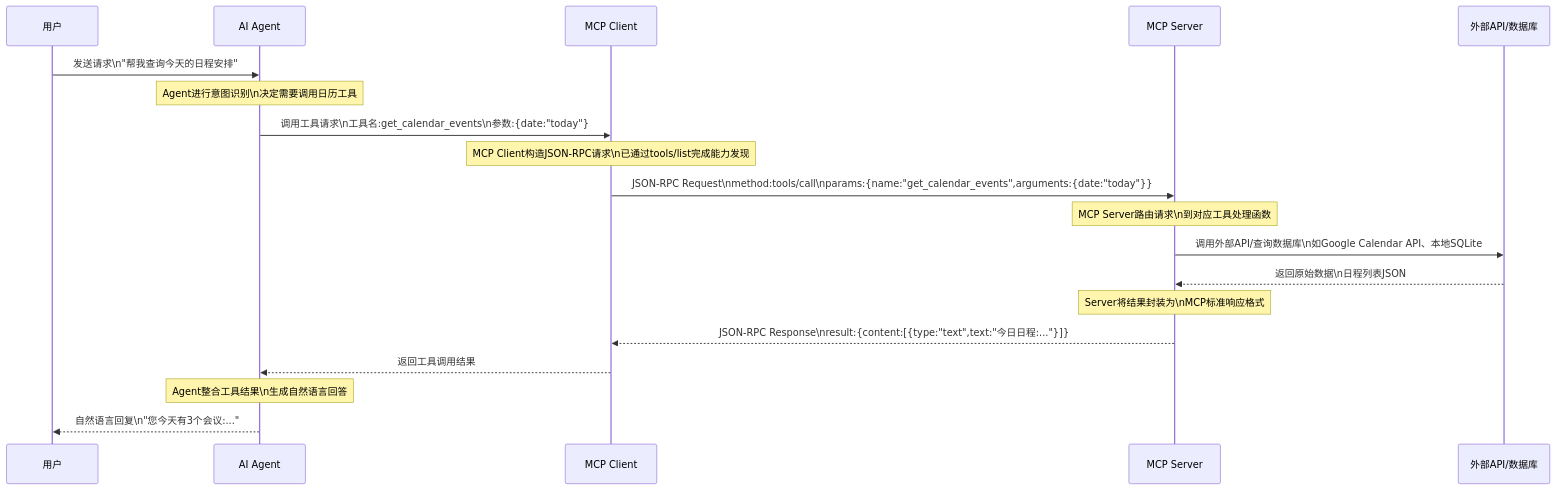
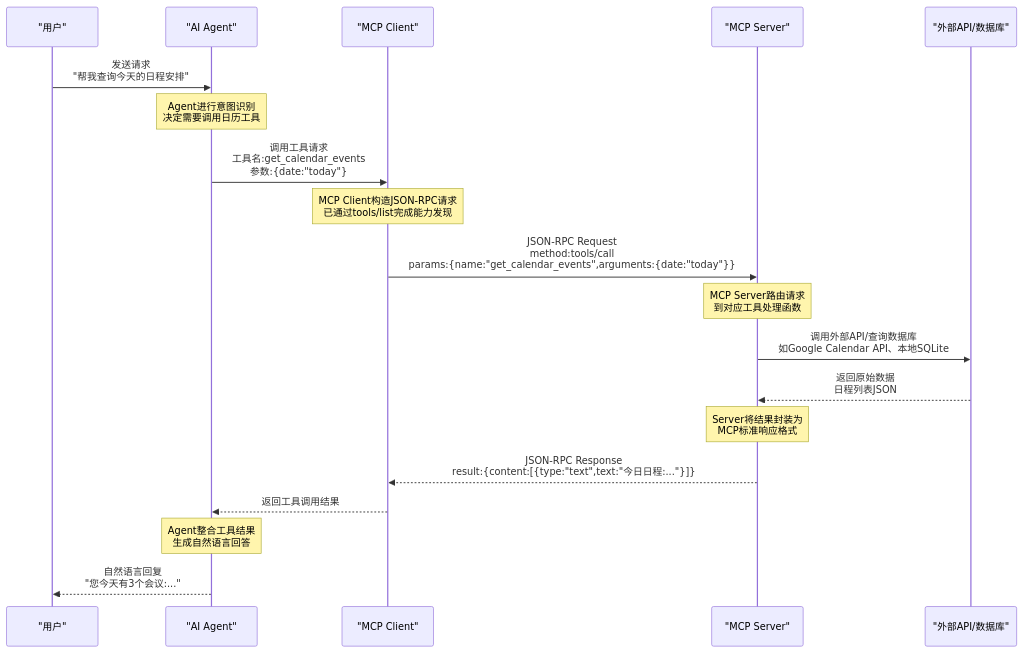
One commit to xinetzone/SpecWeave changed the first of 8 diagrams in docs/knowledge/learning/agent-communication-protocols/06-flows.md. Above: the diagram before and after it, drawn with Mermaid. The commit also changed other lines of this file and 12 other files, not shown here.

First line of the commit message:
fix(mermaid): 修复所有Mermaid图中\\n字面显示问题

````diff
--- a/docs/knowledge/learning/agent-communication-protocols/06-flows.md
+++ b/docs/knowledge/learning/agent-communication-protocols/06-flows.md
@@ -25,22 +25,21 @@
 ```mermaid
 sequenceDiagram
-    participant User as 用户
-    participant Agent as AI Agent
-    participant Client as MCP Client
-    participant Server as MCP Server
-    participant ExtAPI as 外部API/数据库
-
-    User->>Agent: 发送请求\n"帮我查询今天的日程安排"
-    note over Agent: Agent进行意图识别\n决定需要调用日历工具
-    Agent->>Client: 调用工具请求\n工具名:get_calendar_events\n参数:{date:"today"}
-    note over Client: MCP Client构造JSON-RPC请求\n已通过tools/list完成能力发现
-    Client->>Server: JSON-RPC Request\nmethod:tools/call\nparams:{name:"get_calendar_events",arguments:{date:"today"}}
-    note over Server: MCP Server路由请求\n到对应工具处理函数
-    Server->>ExtAPI: 调用外部API/查询数据库\n如Google Calendar API、本地SQLite
-    ExtAPI-->>Server: 返回原始数据\n日程列表JSON
-    note over Server: Server将结果封装为\nMCP标准响应格式
-    Server-->>Client: JSON-RPC Response\nresult:{content:[{type:"text",text:"今日日程:..."}]}
+    participant User as "用户"
+    participant Agent as "AI Agent"
+    participant Client as "MCP Client"
+    participant Server as "MCP Server"
+    participant ExtAPI as "外部API/数据库"
+    User->>Agent: 发送请求<br/>"帮我查询今天的日程安排"
+    note over Agent: Agent进行意图识别<br/>决定需要调用日历工具
+    Agent->>Client: 调用工具请求<br/>工具名:get_calendar_events<br/>参数:{date:"today"}
+    note over Client: MCP Client构造JSON-RPC请求<br/>已通过tools/list完成能力发现
+    Client->>Server: JSON-RPC Request<br/>method:tools/call<br/>params:{name:"get_calendar_events",arguments:{date:"today"}}
+    note over Server: MCP Server路由请求<br/>到对应工具处理函数
+    Server->>ExtAPI: 调用外部API/查询数据库<br/>如Google Calendar API、本地SQLite
+    ExtAPI-->>Server: 返回原始数据<br/>日程列表JSON
+    note over Server: Server将结果封装为<br/>MCP标准响应格式
+    Server-->>Client: JSON-RPC Response<br/>result:{content:[{type:"text",text:"今日日程:..."}]}
     Client-->>Agent: 返回工具调用结果
-    note over Agent: Agent整合工具结果\n生成自然语言回答
-    Agent-->>User: 自然语言回复\n"您今天有3个会议:..."
+    note over Agent: Agent整合工具结果<br/>生成自然语言回答
+    Agent-->>User: 自然语言回复<br/>"您今天有3个会议:..."
 ```
````
